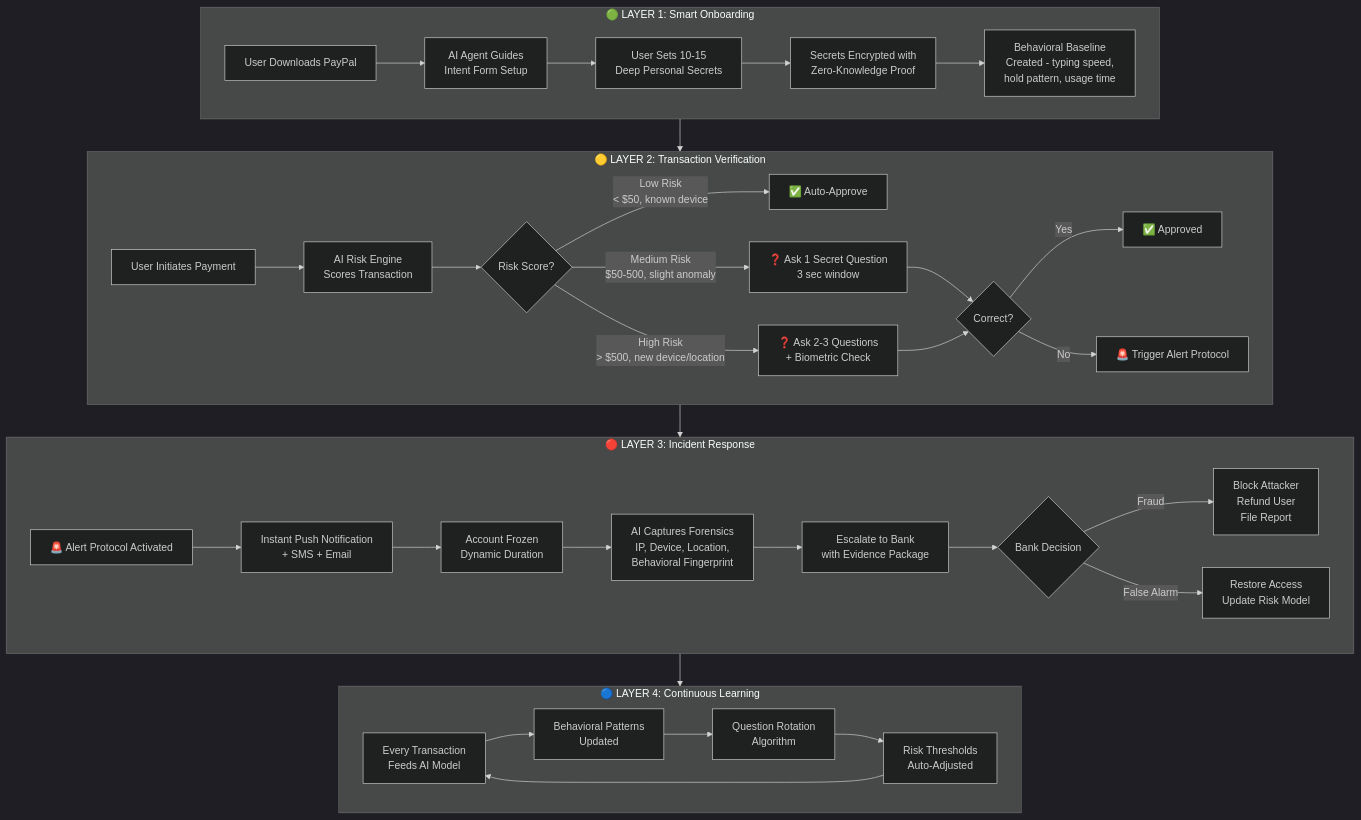
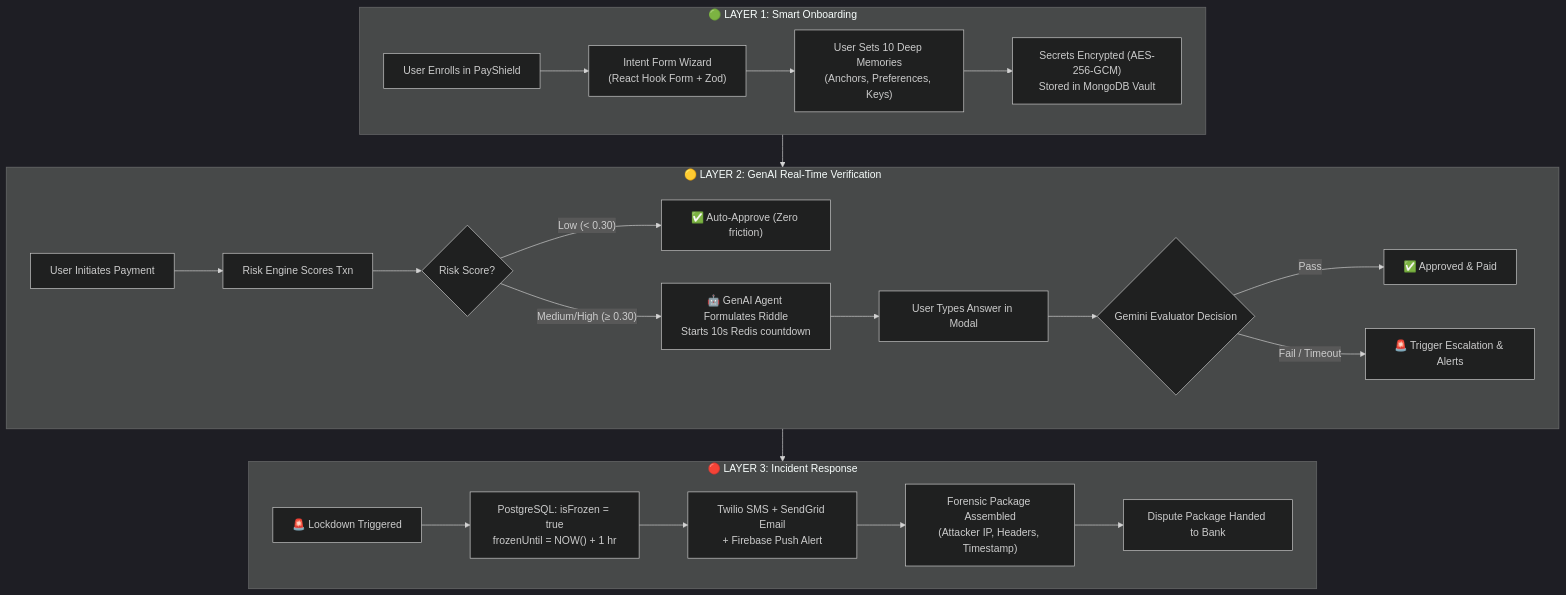
Before and after one commit to Harsh-tech81/PayPal-AI-Hackathon: the third of 3 diagrams in paypal-idea-analysis.md, drawn with Mermaid (dark theme). The commit also changed other lines of this file and 6 other files, not shown here.

Commit message:
docs: update PayPal idea analysis and add comprehensive PayShield project documentation

````diff
--- a/paypal-idea-analysis.md
+++ b/paypal-idea-analysis.md
@@ -141,42 +76,29 @@
 ```mermaid
 flowchart TD
     subgraph Layer1["🟢 LAYER 1: Smart Onboarding"]
-        A1["User Downloads PayPal"] --> A2["AI Agent Guides<br/>Intent Form Setup"]
-        A2 --> A3["User Sets 10-15<br/>Deep Personal Secrets"]
-        A3 --> A4["Secrets Encrypted with<br/>Zero-Knowledge Proof"]
-        A4 --> A5["Behavioral Baseline<br/>Created - typing speed,<br/>hold pattern, usage time"]
+        A1["User Enrolls in PayShield"] --> A2["Intent Form Wizard<br/>(React Hook Form + Zod)"]
+        A2 --> A3["User Sets 10 Deep Memories<br/>(Anchors, Preferences, Keys)"]
+        A3 --> A4["Secrets Encrypted (AES-256-GCM)<br/>Stored in MongoDB Vault"]
     end
 
-    subgraph Layer2["🟡 LAYER 2: Transaction Verification"]
-        B1["User Initiates Payment"] --> B2["AI Risk Engine<br/>Scores Transaction"]
+    subgraph Layer2["🟡 LAYER 2: GenAI Real-Time Verification"]
+        B1["User Initiates Payment"] --> B2["Risk Engine Scores Txn"]
         B2 --> B3{"Risk Score?"}
-        B3 -->|"Low Risk<br/>< $50, known device"| B4["✅ Auto-Approve"]
-        B3 -->|"Medium Risk<br/>$50-500, slight anomaly"| B5["❓ Ask 1 Secret Question<br/>3 sec window"]
-        B3 -->|"High Risk<br/>> $500, new device/location"| B6["❓ Ask 2-3 Questions<br/>+ Biometric Check"]
-        B5 --> B7{"Correct?"}
-        B6 --> B7
-        B7 -->|Yes| B8["✅ Approved"]
-        B7 -->|No| B9["🚨 Trigger Alert Protocol"]
+        B3 -->|"Low (< 0.30)"| B4["✅ Auto-Approve (Zero friction)"]
+        B3 -->|"Medium/High (≥ 0.30)"| B5["🤖 GenAI Agent Formulates Riddle<br/>Starts 10s Redis countdown"]
+        B5 --> B6["User Types Answer in Modal"]
+        B6 --> B7{"Gemini Evaluator Decision"}
+        B7 -->|Pass| B8["✅ Approved & Paid"]
+        B7 -->|Fail / Timeout| B9["🚨 Trigger Escalation & Alerts"]
     end
 
     subgraph Layer3["🔴 LAYER 3: Incident Response"]
-        C1["🚨 Alert Protocol Activated"] --> C2["Instant Push Notification<br/>+ SMS + Email"]
-        C2 --> C3["Account Frozen<br/>Dynamic Duration"]
-        C3 --> C4["AI Captures Forensics<br/>IP, Device, Location,<br/>Behavioral Fingerprint"]
-        C4 --> C5["Escalate to Bank<br/>with Evidence Package"]
-        C5 --> C6{"Bank Decision"}
-        C6 -->|"Fraud"| C7["Block Attacker<br/>Refund User<br/>File Report"]
-        C6 -->|"False Alarm"| C8["Restore Access<br/>Update Risk Model"]
-    end
-
-    subgraph Layer4["🔵 LAYER 4: Continuous Learning"]
-        D1["Every Transaction<br/>Feeds AI Model"] --> D2["Behavioral Patterns<br/>Updated"]
-        D2 --> D3["Question Rotation<br/>Algorithm"]
-        D3 --> D4["Risk Thresholds<br/>Auto-Adjusted"]
-        D4 --> D1
+        C1["🚨 Lockdown Triggered"] --> C2["PostgreSQL: isFrozen = true<br/>frozenUntil = NOW() + 1 hr"]
+        C2 --> C3["Twilio SMS + SendGrid Email<br/>+ Firebase Push Alert"]
+        C3 --> C4["Forensic Package Assembled<br/>(Attacker IP, Headers, Timestamp)"]
+        C4 --> C5["Dispute Package Handed to Bank"]
     end
 
     Layer1 --> Layer2
     Layer2 --> Layer3
-    Layer3 --> Layer4
 ```
````
